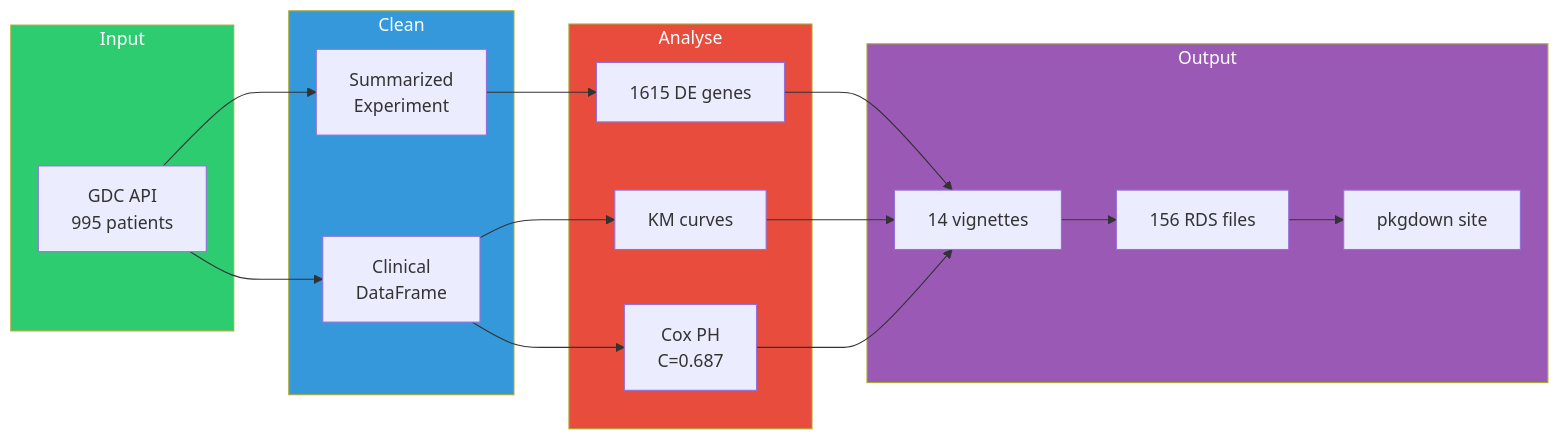
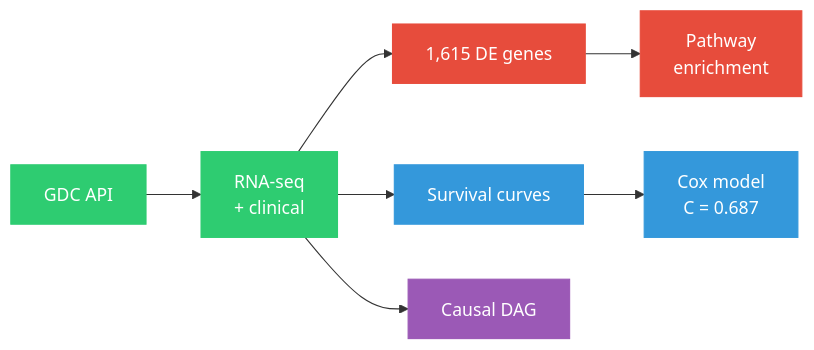
The diagram in vignettes/presentation.qmd (JohnGavin/coMMpass-analysis), drawn with Mermaid before and after one commit. The commit also changed other lines of this file and 1 other file, not shown here.

````diff
--- a/vignettes/presentation.qmd
+++ b/vignettes/presentation.qmd
@@ -164,29 +100,17 @@
 ```{mermaid}
 %%| fig-width: 10
 flowchart LR
-    subgraph Input
-      GDC[GDC API<br/>995 patients]
-    end
-    subgraph Clean
-      SE[Summarized<br/>Experiment]
-      CD[Clinical<br/>DataFrame]
-    end
-    subgraph Analyse
-      DE[1615 DE genes]
-      KM[KM curves]
-      COX[Cox PH<br/>C=0.687]
-    end
-    subgraph Output
-      VIG[14 vignettes]
-      RDS[156 RDS files]
-      WEB[pkgdown site]
-    end
-    GDC --> SE --> DE --> VIG
-    GDC --> CD --> KM --> VIG
-    CD --> COX --> VIG
-    VIG --> RDS --> WEB
-    style Input fill:#2ecc71,color:white
-    style Clean fill:#3498db,color:white
-    style Analyse fill:#e74c3c,color:white
-    style Output fill:#9b59b6,color:white
+    GDC["GDC API"] --> SE["RNA-seq<br>+ clinical"]
+    SE --> DE["1,615 DE genes"]
+    SE --> KM["Survival curves"]
+    SE --> DAG["Causal DAG"]
+    DE --> GSEA["Pathway<br>enrichment"]
+    KM --> COX["Cox model<br>C = 0.687"]
+    style GDC fill:#2ecc71,stroke:#2ecc71,color:white
+    style DE fill:#e74c3c,stroke:#e74c3c,color:white
+    style KM fill:#3498db,stroke:#3498db,color:white
+    style COX fill:#3498db,stroke:#3498db,color:white
+    style GSEA fill:#e74c3c,stroke:#e74c3c,color:white
+    style DAG fill:#9b59b6,stroke:#9b59b6,color:white
+    style SE fill:#2ecc71,stroke:#2ecc71,color:white
 ```
````
